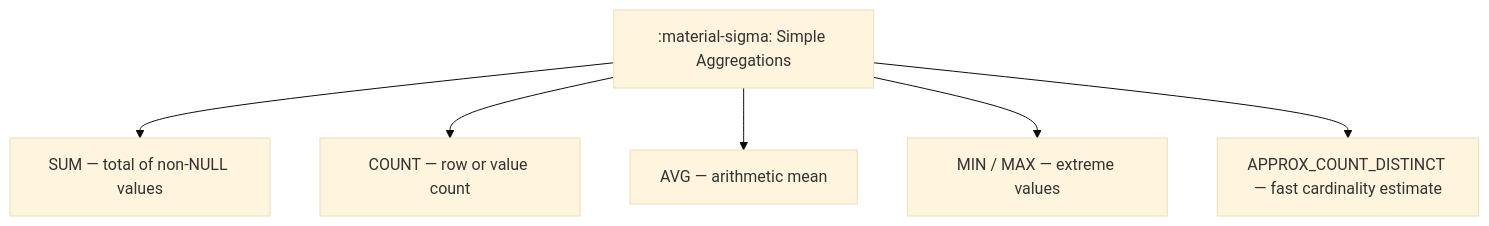
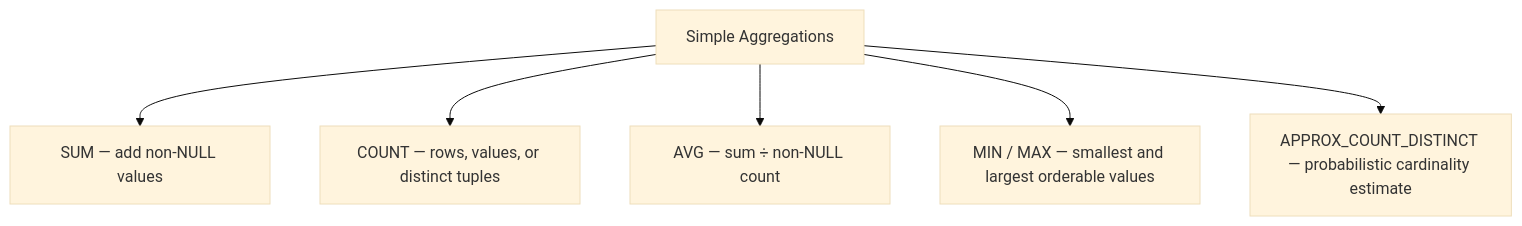
Before and after one commit to mahfooziiitian/spark-batch: the diagram in spark-sql/docs/querying/aggregation/simple/index.md, drawn with Mermaid (base theme). The commit also changed other lines of this file and 809 other files, not shown here.

````diff
--- a/spark-sql/docs/querying/aggregation/simple/index.md
+++ b/spark-sql/docs/querying/aggregation/simple/index.md
@@ -9,8 +9,8 @@
 ```mermaid
 graph TD
-    A[":material-sigma: Simple Aggregations"] --> B["SUM — total of non-NULL values"]
-    A --> C["COUNT — row or value count"]
-    A --> D["AVG — arithmetic mean"]
-    A --> E["MIN / MAX — extreme values"]
-    A --> F["APPROX_COUNT_DISTINCT — fast cardinality estimate"]
+    A["Simple Aggregations"] --> B["SUM — add non-NULL values"]
+    A --> C["COUNT — rows, values, or distinct tuples"]
+    A --> D["AVG — sum ÷ non-NULL count"]
+    A --> E["MIN / MAX — smallest and largest orderable values"]
+    A --> F["APPROX_COUNT_DISTINCT — probabilistic cardinality estimate"]
 ```
````
